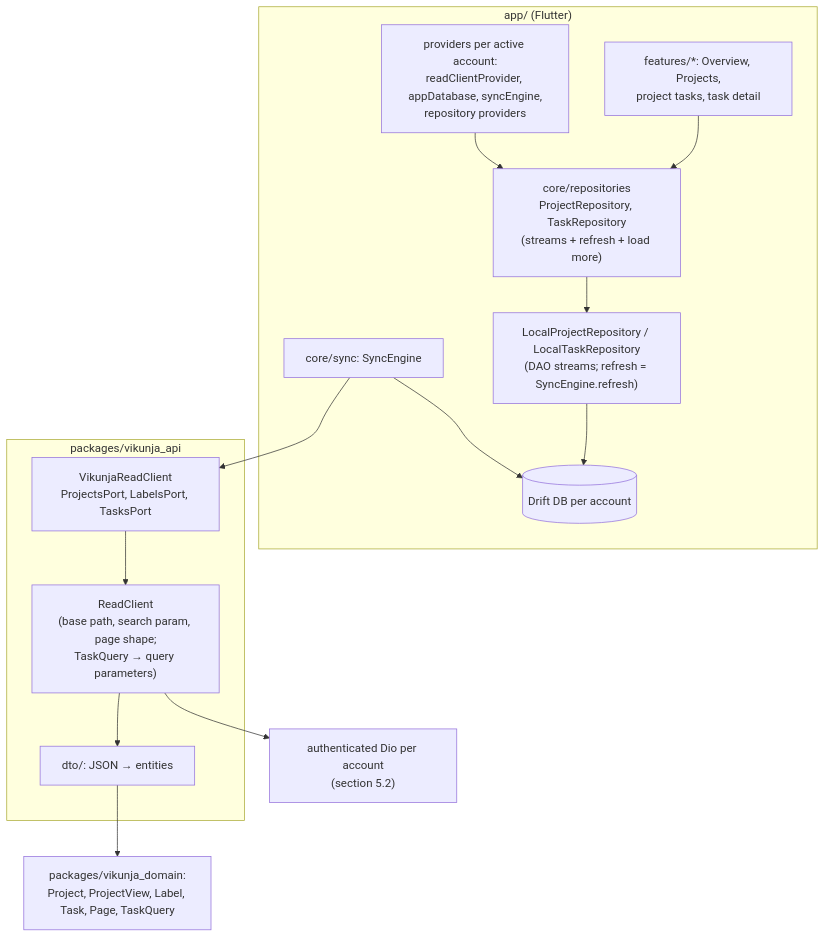
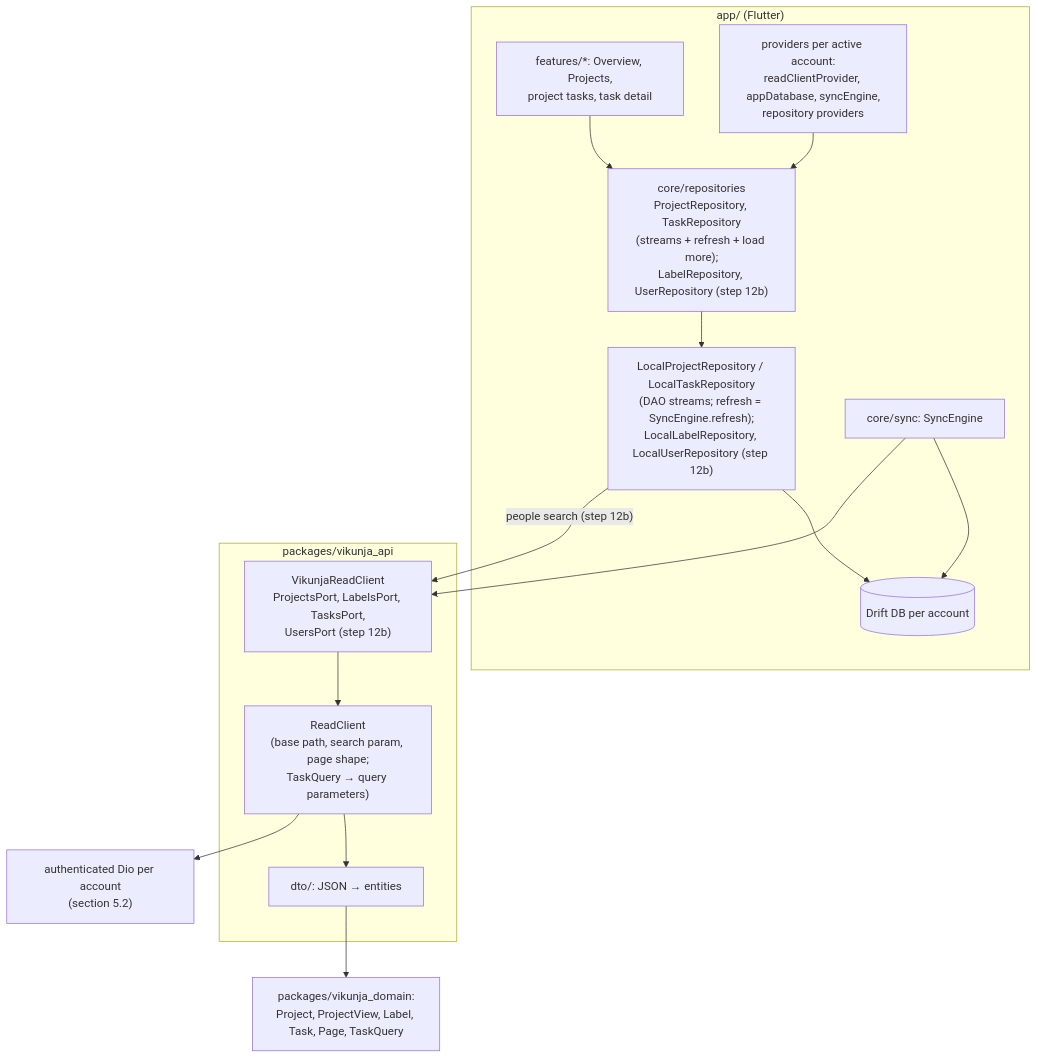
The fifth of 9 diagrams in docs/architecture.md (coderoftime/vikunja-app-ci-test), drawn with Mermaid before and after one commit. The commit also changed other lines of this file and 91 other files, not shown here.

````diff
--- a/docs/architecture.md
+++ b/docs/architecture.md
@@ -384,17 +387,18 @@
 ```mermaid
 flowchart TD
   subgraph APP["app/ (Flutter)"]
-    UI["features/*: Overview, Projects,<br/>project tasks, task detail"] --> REPO["core/repositories<br/>ProjectRepository, TaskRepository<br/>(streams + refresh + load more)"]
+    UI["features/*: Overview, Projects,<br/>project tasks, task detail"] --> REPO["core/repositories<br/>ProjectRepository, TaskRepository<br/>(streams + refresh + load more);<br/>LabelRepository, UserRepository (step 12b)"]
     PROV["providers per active account:<br/>readClientProvider, appDatabase, syncEngine,<br/>repository providers"] --> REPO
-    REPO --> LOCAL["LocalProjectRepository / LocalTaskRepository<br/>(DAO streams; refresh = SyncEngine.refresh)"]
+    REPO --> LOCAL["LocalProjectRepository / LocalTaskRepository<br/>(DAO streams; refresh = SyncEngine.refresh);<br/>LocalLabelRepository, LocalUserRepository (step 12b)"]
     LOCAL --> DB[("Drift DB per account")]
     SYNC["core/sync: SyncEngine"] --> DB
   end
   subgraph API["packages/vikunja_api"]
-    PORTS["VikunjaReadClient<br/>ProjectsPort, LabelsPort, TasksPort"] --> RC["ReadClient<br/>(base path, search param, page shape;<br/>TaskQuery → query parameters)"]
+    PORTS["VikunjaReadClient<br/>ProjectsPort, LabelsPort, TasksPort,<br/>UsersPort (step 12b)"] --> RC["ReadClient<br/>(base path, search param, page shape;<br/>TaskQuery → query parameters)"]
     RC --> DTO["dto/: JSON → entities"]
   end
   SYNC --> PORTS
+  LOCAL -- "people search (step 12b)" --> PORTS
   RC --> DIO["authenticated Dio per account<br/>(section 5.2)"]
   DTO --> DOM["packages/vikunja_domain:<br/>Project, ProjectView, Label, Task, Page, TaskQuery"]
 ```
````
